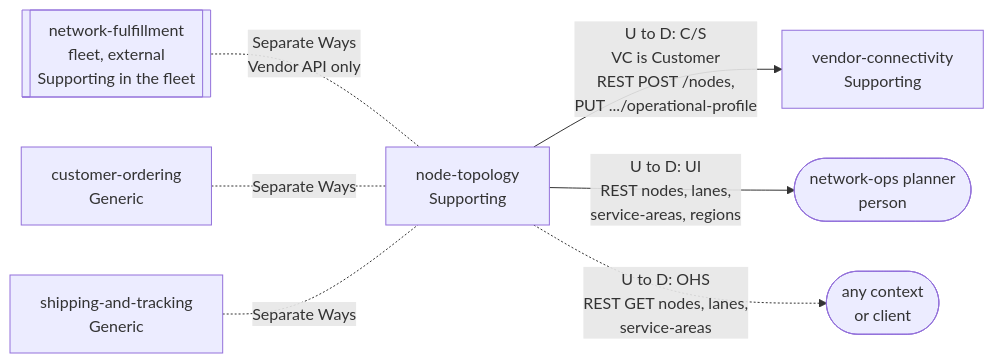
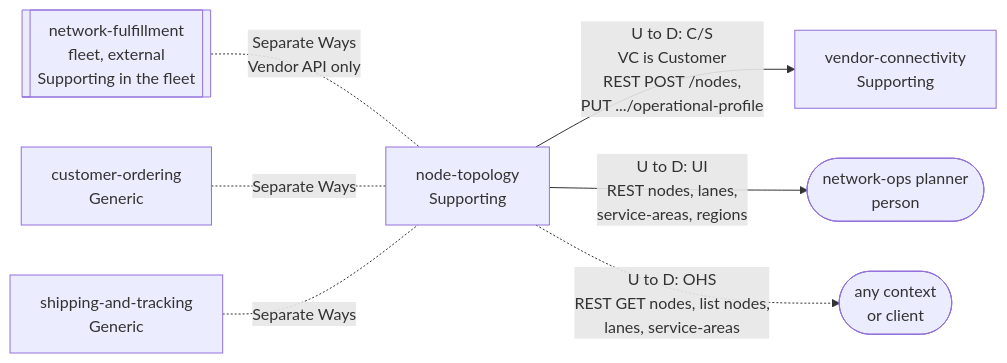
The second of 2 diagrams in network/docs/contexts/node-topology/context-map.md (IQVO/warehouse-docs), drawn with Mermaid before and after one commit. The commit also changed other lines of this file and 125 other files, not shown here.

````diff
--- a/network/docs/contexts/node-topology/context-map.md
+++ b/network/docs/contexts/node-topology/context-map.md
@@ -43,17 +43,17 @@
 ```mermaid
 flowchart LR
     VC["vendor-connectivity<br/>Supporting"]
     NT["node-topology<br/>Supporting"]
     PL(["network-ops planner<br/>person"])
     ANY(["any context<br/>or client"])
     NF[["network-fulfillment<br/>fleet, external<br/>Supporting in the fleet"]]
     CO["customer-ordering<br/>Generic"]
     ST["shipping-and-tracking<br/>Generic"]
 
     NT -->|"U to D: C/S<br/>VC is Customer<br/>REST POST /nodes,<br/>PUT .../operational-profile"| VC
     NT -->|"U to D: UI<br/>REST nodes, lanes,<br/>service-areas, regions"| PL
-    NT -.->|"U to D: OHS<br/>REST GET nodes, lanes,<br/>service-areas"| ANY
+    NT -.->|"U to D: OHS<br/>REST GET nodes, list nodes,<br/>lanes, service-areas"| ANY
     NF -. "Separate Ways<br/>Vendor API only" .- NT
     CO -. "Separate Ways" .- NT
     ST -. "Separate Ways" .- NT
 ```
````
